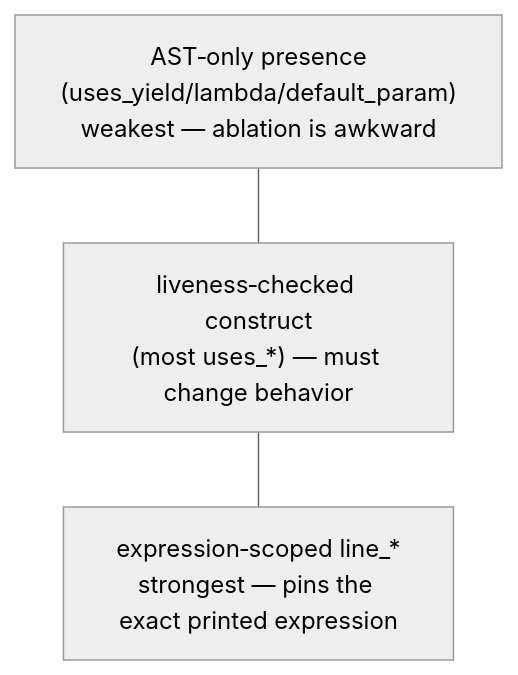
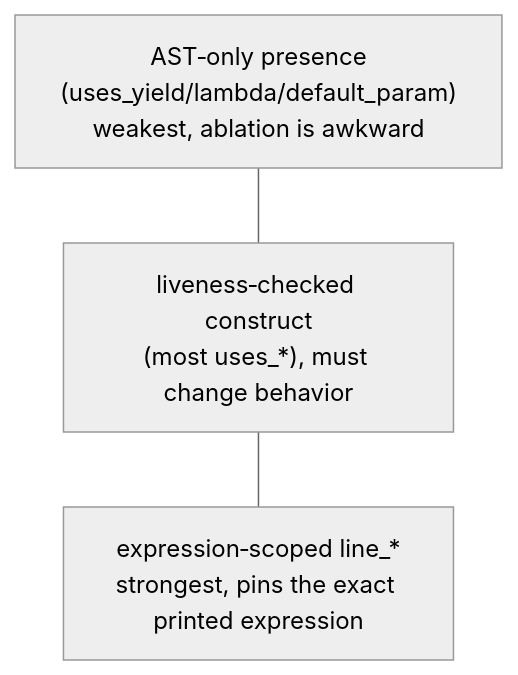
One commit to N041M/PyQuest changed the seventh of 7 diagrams in docs/architecture/toolkit.md. Above: the diagram before and after it, drawn with Mermaid (neutral theme). The commit also changed other lines of this file and 10 other files, not shown here.

````diff
--- a/docs/architecture/toolkit.md
+++ b/docs/architecture/toolkit.md
@@ -208,7 +208,7 @@
 ```mermaid
 flowchart TB
-    a["AST‑only presence<br/>(uses_yield/lambda/default_param)<br/>weakest — ablation is awkward"]
-    b["liveness‑checked construct<br/>(most uses_*) — must change behavior"]
-    c["expression‑scoped line_*<br/>strongest — pins the exact printed expression"]
+    a["AST‑only presence<br/>(uses_yield/lambda/default_param)<br/>weakest, ablation is awkward"]
+    b["liveness‑checked construct<br/>(most uses_*), must change behavior"]
+    c["expression‑scoped line_*<br/>strongest, pins the exact printed expression"]
     a --- b --- c
 ```
````
